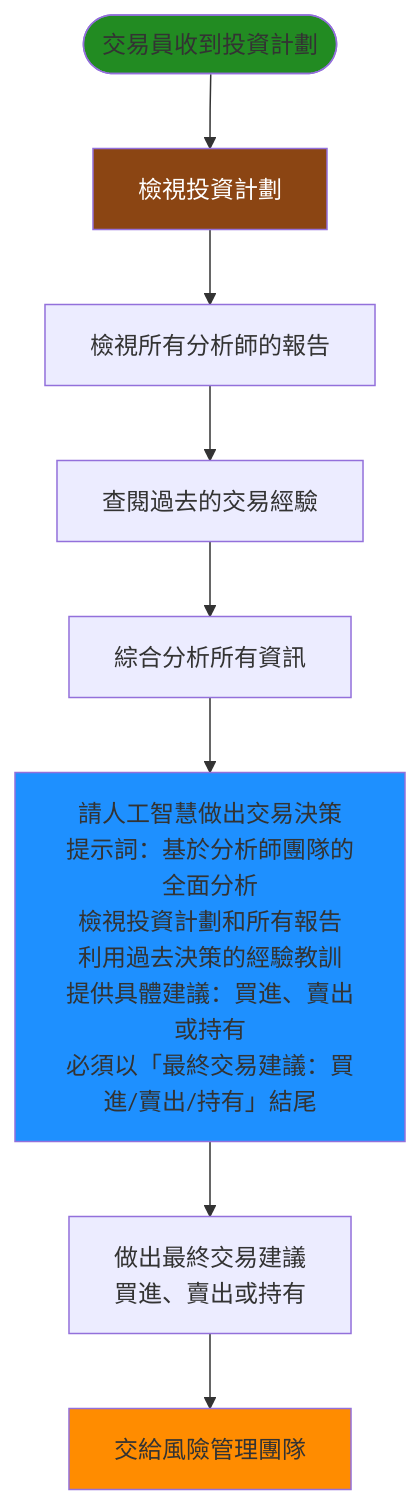
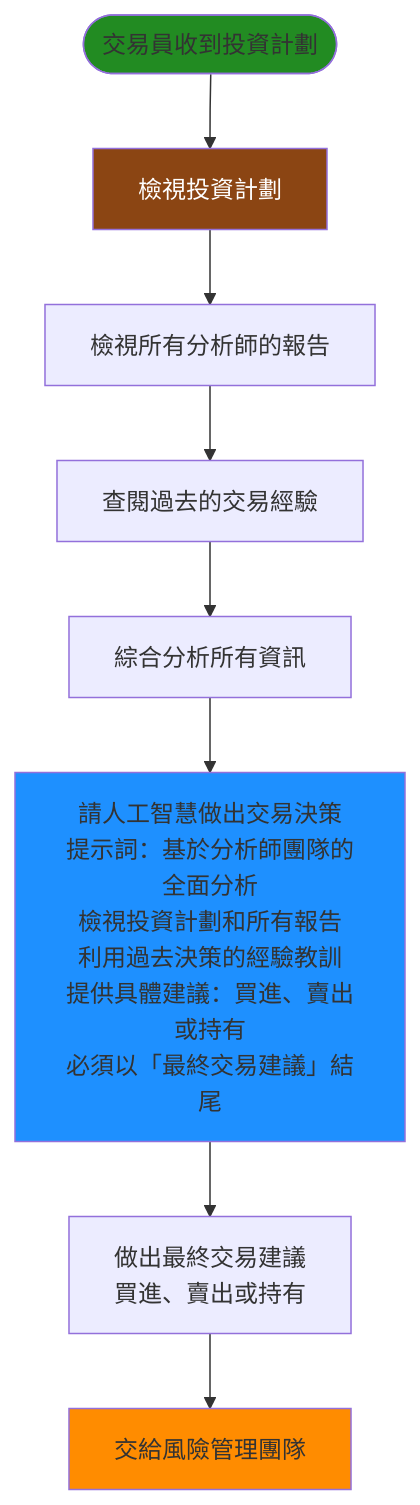
One commit to chitienshih-wq/Git_Test changed the seventh of 9 diagrams in 流程圖_簡化.md. Above: the diagram before and after it, drawn with Mermaid. The commit also changed other lines of this file, not shown here.

````diff
--- a/流程圖_簡化.md
+++ b/流程圖_簡化.md
@@ -192,15 +192,15 @@
 ```mermaid
 flowchart TD
     Start([交易員收到投資計劃]) --> ReviewPlan[檢視投資計劃]
     ReviewPlan --> ReviewReports[檢視所有分析師的報告]
     ReviewReports --> CheckMemory[查閱過去的交易經驗]
     CheckMemory --> Analyze[綜合分析所有資訊]
-    Analyze --> AskAI[請人工智慧做出交易決策<br/>提示詞：基於分析師團隊的全面分析<br/>檢視投資計劃和所有報告<br/>利用過去決策的經驗教訓<br/>提供具體建議：買進、賣出或持有<br/>必須以「最終交易建議：買進/賣出/持有」結尾]
+    Analyze --> AskAI[請人工智慧做出交易決策<br/>提示詞：基於分析師團隊的全面分析<br/>檢視投資計劃和所有報告<br/>利用過去決策的經驗教訓<br/>提供具體建議：買進、賣出或持有<br/>必須以「最終交易建議」結尾]
     AskAI --> MakeDecision[做出最終交易建議<br/>買進、賣出或持有]
     MakeDecision --> RiskTeam[交給風險管理團隊]
     
     style Start fill:#228B22
     style AskAI fill:#1E90FF
     style RiskTeam fill:#FF8C00
     style ReviewPlan fill:#8B4513,color:#FFFFFF
 ```
````
